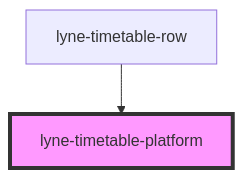
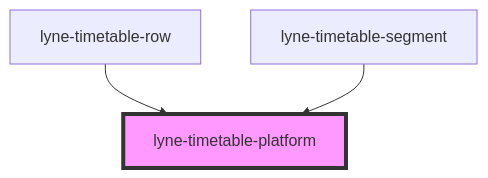
One commit to schlpbch/lyne-components changed the diagram in src/components/lyne-timetable-platform/readme.md. Above: the diagram before and after it, drawn with Mermaid. The commit also changed other lines of this file and 15 other files, not shown here.

Commit message:
feat: working on timetable segment component

````diff
--- a/src/components/lyne-timetable-platform/readme.md
+++ b/src/components/lyne-timetable-platform/readme.md
@@ -24,5 +25,6 @@
 ```mermaid
 graph TD;
   lyne-timetable-row --> lyne-timetable-platform
+  lyne-timetable-segment --> lyne-timetable-platform
   style lyne-timetable-platform fill:#f9f,stroke:#333,stroke-width:4px
 ```
````
